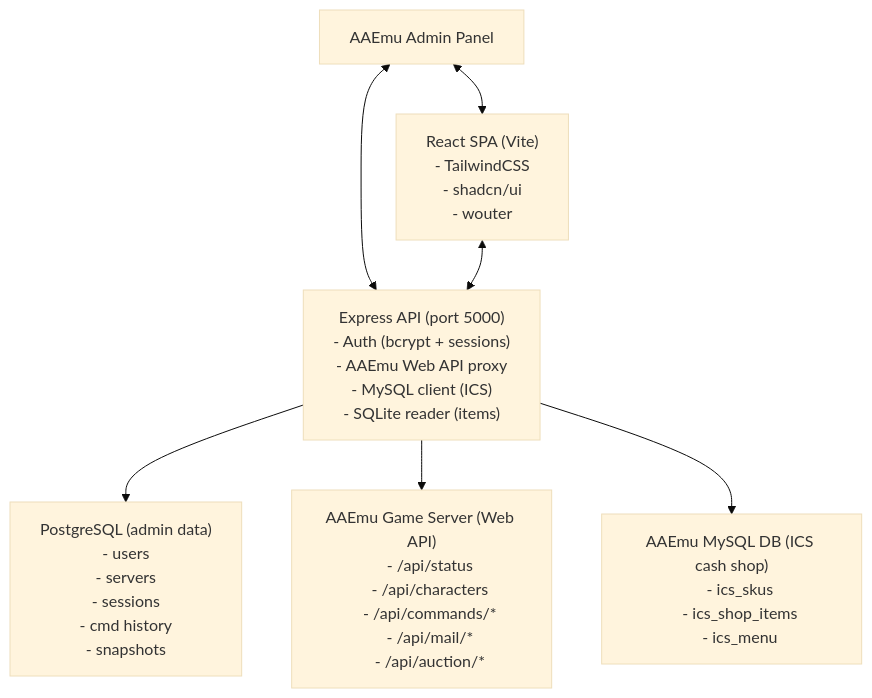
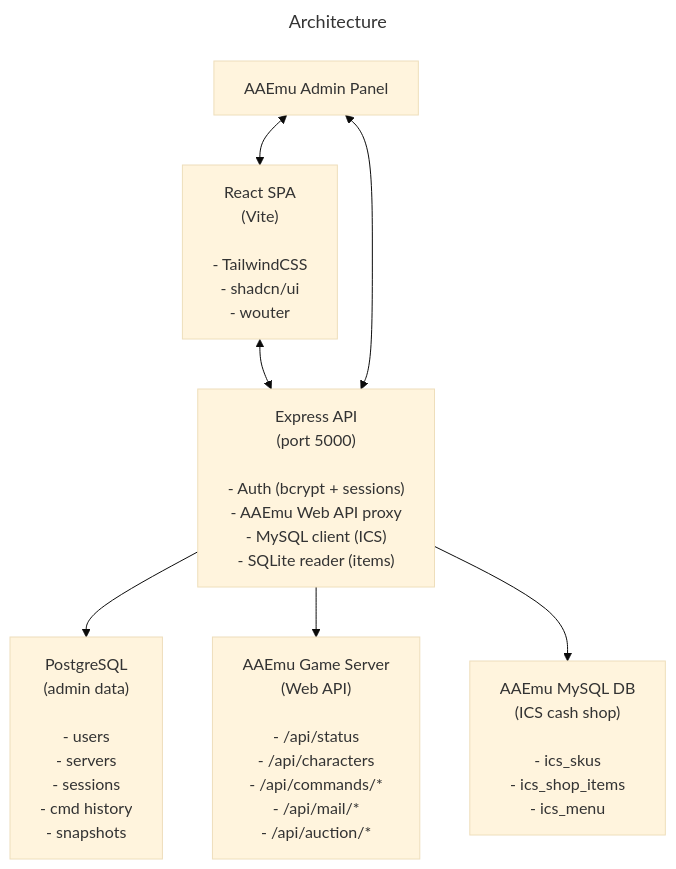
The diagram in README.md (p-ny/aaemu-admin), drawn with Mermaid (base theme) before and after one commit.

Commit message:
Refactor architecture diagram in README.md
Updated the architecture diagram in the README to improve clarity and formatting.

````diff
--- a/README.md
+++ b/README.md
@@ -39,41 +39,49 @@
 ```mermaid
+---
+title: Architecture
+---
 flowchart TD
     Panel["AAEmu Admin Panel"]
-
-    React["React SPA (Vite)
+    React["React SPA
+    (Vite)
+    
     - TailwindCSS
     - shadcn/ui
     - wouter"]
-
-    API["Express API (port 5000)
+    API["Express API
+    (port 5000)
+    
     - Auth (bcrypt + sessions)
     - AAEmu Web API proxy
     - MySQL client (ICS)
     - SQLite reader (items)"]
-
-    PostgreSQL["PostgreSQL (admin data)
+    PostgreSQL["PostgreSQL
+    (admin data)
+    
     - users
     - servers
     - sessions
     - cmd history
     - snapshots"]
-
-    Game["AAEmu Game Server (Web API)
+    Game["AAEmu Game Server
+    (Web API)
+    
     - /api/status
     - /api/characters
     - /api/commands/*
     - /api/mail/*
     - /api/auction/*"]
-
-    MySQL["AAEmu MySQL DB (ICS cash shop)
+    MySQL["AAEmu MySQL DB
+    (ICS cash shop)
+    
     - ics_skus
     - ics_shop_items
     - ics_menu"]
 
-    Panel <--> React
-    Panel <--> API
-    React <--> API
-    API --> PostgreSQL
-    API --> Game
-    API --> MySQL
+React <--> API
+API --> PostgreSQL
+API --> Game
+API --> MySQL
+Panel <--> React
+Panel <--> API
 ```
````
